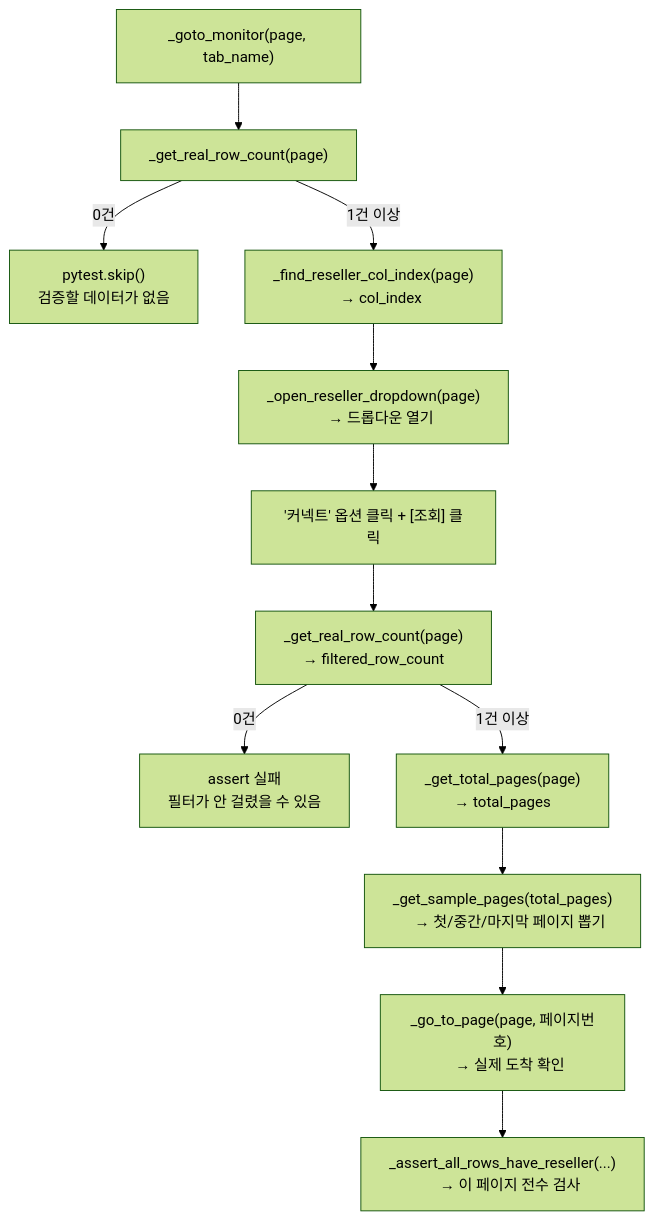
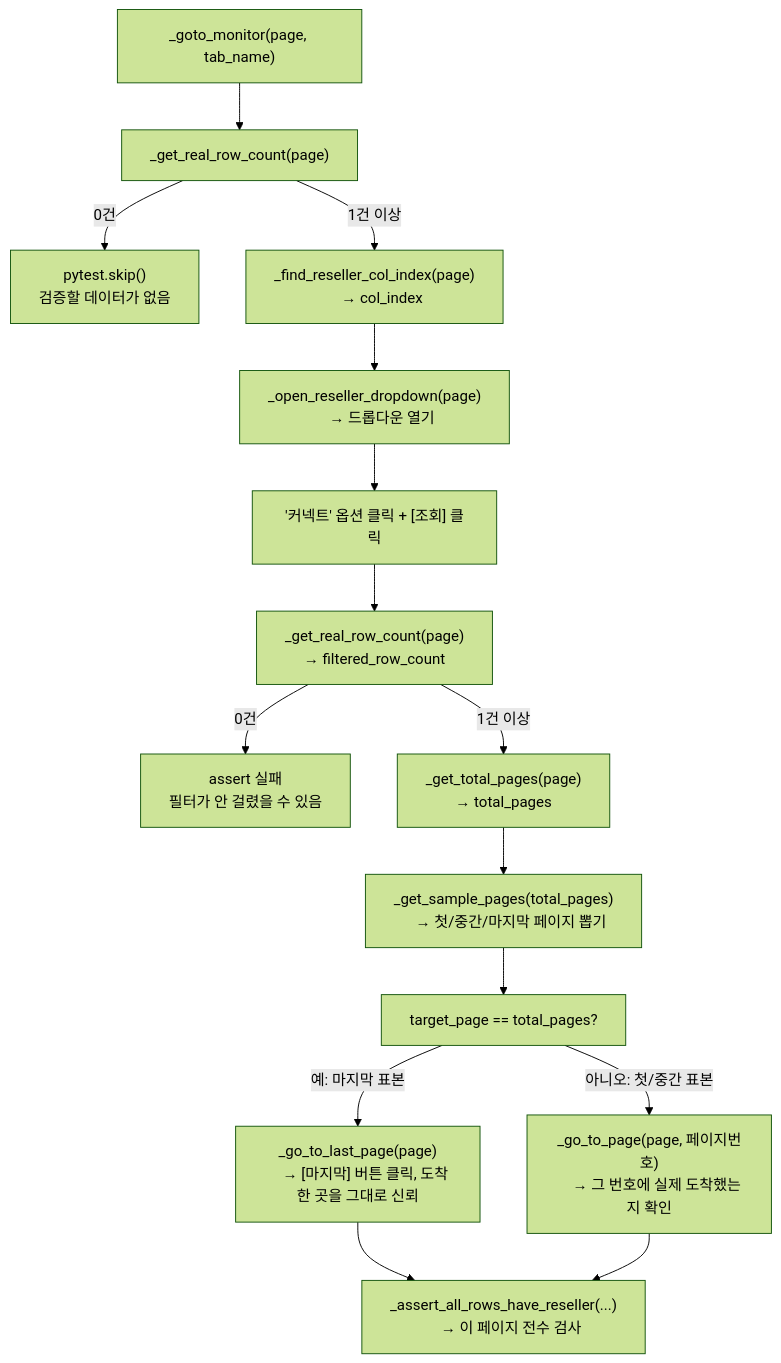
One commit to sonyoona/QA_automation_test changed the diagram in docs/notes/code-notes/모니터-리셀러-필터-테스트-노트.md. Above: the diagram before and after it, drawn with Mermaid (forest theme). The commit also changed other lines of this file and 1 other file, not shown here.

First line of the commit message:
Fix TC-086 last-page navigation on live monitor data (통합 tab)

````diff
--- a/docs/notes/code-notes/모니터-리셀러-필터-테스트-노트.md
+++ b/docs/notes/code-notes/모니터-리셀러-필터-테스트-노트.md
@@ -24,23 +25,27 @@
 ```mermaid
 flowchart TD
     A["_goto_monitor(page, tab_name)"] --> B["_get_real_row_count(page)"]
     B -->|0건| SKIP["pytest.skip()
     검증할 데이터가 없음"]
     B -->|1건 이상| C["_find_reseller_col_index(page)
     → col_index"]
     C --> D["_open_reseller_dropdown(page)
     → 드롭다운 열기"]
     D --> E["'커넥트' 옵션 클릭 + [조회] 클릭"]
     E --> F["_get_real_row_count(page)
     → filtered_row_count"]
     F -->|0건| FAIL["assert 실패
     필터가 안 걸렸을 수 있음"]
     F -->|1건 이상| G["_get_total_pages(page)
     → total_pages"]
     G --> H["_get_sample_pages(total_pages)
     → 첫/중간/마지막 페이지 뽑기"]
-    H --> I["_go_to_page(page, 페이지번호)
-    → 실제 도착 확인"]
-    I --> J["_assert_all_rows_have_reseller(...)
+    H --> I1["target_page == total_pages?"]
+    I1 -->|예: 마지막 표본| I2["_go_to_last_page(page)
+    → [마지막] 버튼 클릭, 도착한 곳을 그대로 신뢰"]
+    I1 -->|아니오: 첫/중간 표본| I3["_go_to_page(page, 페이지번호)
+    → 그 번호에 실제 도착했는지 확인"]
+    I2 --> J["_assert_all_rows_have_reseller(...)
     → 이 페이지 전수 검사"]
+    I3 --> J
 ```
````
